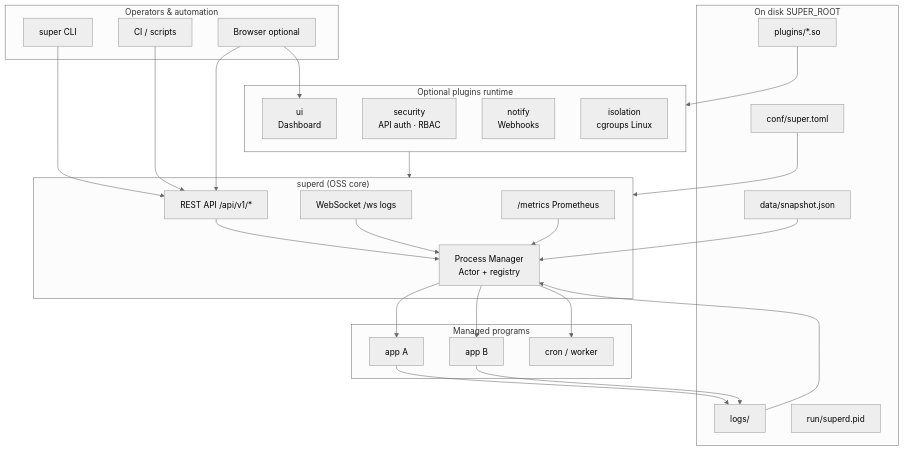
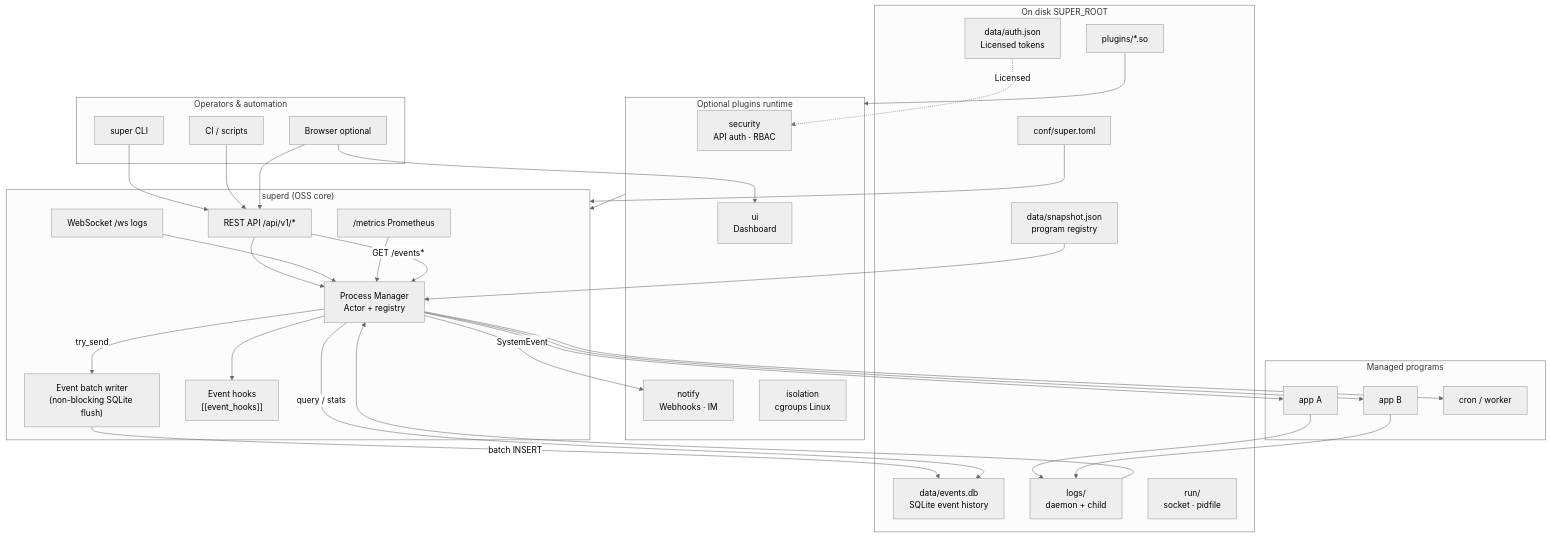
One commit to schiplat/super changed the diagram in docs/content/docs/06-internals/design-philosophy.md. Above: the diagram before and after it, drawn with Mermaid (neutral theme). The commit also changed other lines of this file and 5 other files, not shown here.

First line of the commit message:
docs: update architecture diagram and add site-wide Mermaid zoom

````diff
--- a/docs/content/docs/06-internals/design-philosophy.md
+++ b/docs/content/docs/06-internals/design-philosophy.md
@@ -15,56 +15,68 @@
 ```mermaid
 flowchart TB
   subgraph operators["Operators & automation"]
     CLI["super CLI"]
     CI["CI / scripts"]
     Browser["Browser optional"]
   end
 
   subgraph superd["superd (OSS core)"]
     API["REST API /api/v1/*"]
     WS["WebSocket /ws logs"]
     MET["/metrics Prometheus"]
     MGR["Process Manager\nActor + registry"]
+    EVTW["Event batch writer\n(non-blocking SQLite flush)"]
+    HOOKS["Event hooks\n[[event_hooks]]"]
     API --> MGR
     WS --> MGR
     MET --> MGR
+    MGR -->|try_send| EVTW
+    MGR --> HOOKS
   end
 
   subgraph optional["Optional plugins runtime"]
     SEC["security\nAPI auth · RBAC"]
     UI["ui\nDashboard"]
-    NOT["notify\nWebhooks"]
+    NOT["notify\nWebhooks · IM"]
     ISO["isolation\ncgroups Linux"]
   end
 
   subgraph data["On disk SUPER_ROOT"]
     CONF["conf/super.toml"]
-    SNAP["data/snapshot.json"]
-    LOGS["logs/"]
-    RUN["run/superd.pid"]
+    SNAP["data/snapshot.json\nprogram registry"]
+    EVDB["data/events.db\nSQLite event history"]
+    LOGS["logs/\ndaemon + child"]
+    RUN["run/\nsocket · pidfile"]
     PLUG["plugins/*.so"]
+    AUTH["data/auth.json\nLicensed tokens"]
   end
 
   subgraph workloads["Managed programs"]
     P1["app A"]
     P2["app B"]
     P3["cron / worker"]
   end
 
   CLI --> API
   CI --> API
   Browser --> API
   Browser --> UI
 
   CONF --> superd
   SNAP --> MGR
   LOGS --> MGR
   PLUG --> optional
   optional --> superd
+  AUTH -.->|Licensed| SEC
 
+  EVTW -->|batch INSERT| EVDB
+  MGR -->|query / stats| EVDB
+  API -->|GET /events*| MGR
+
+  MGR -->|SystemEvent| NOT
   MGR --> P1
   MGR --> P2
   MGR --> P3
   P1 --> LOGS
   P2 --> LOGS
 ```
````
